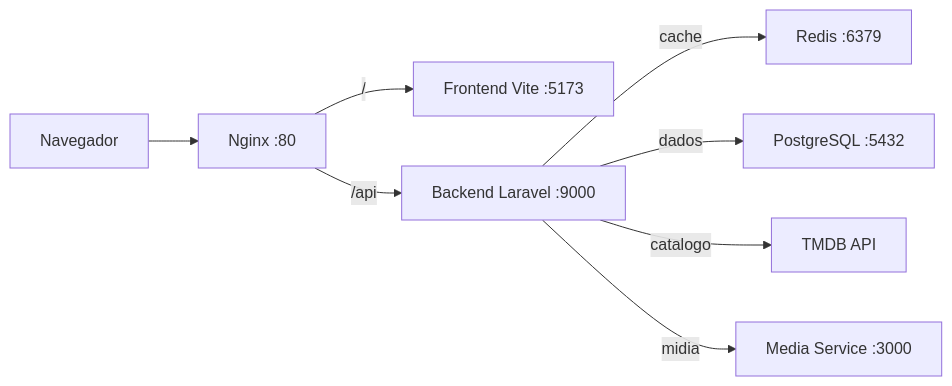
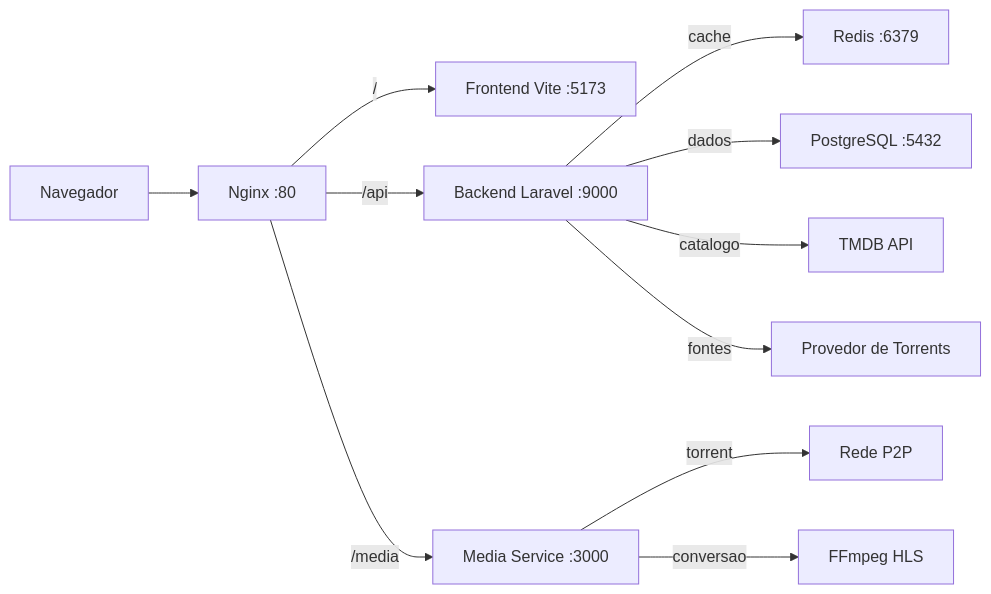
One commit to BrunoDelfim/stretor changed the first of 2 diagrams in docs/arquitetura.md. Above: the diagram before and after it, drawn with Mermaid. The commit also changed other lines of this file and 3 other files, not shown here.

First line of the commit message:
docs(streaming): documenta busca de fontes, sessões HLS e overlay do player

````diff
--- a/docs/arquitetura.md
+++ b/docs/arquitetura.md
@@ -38,10 +38,13 @@
 ```mermaid
 flowchart LR
     A[Navegador] --> B[Nginx :80]
     B -->|/| C[Frontend Vite :5173]
     B -->|/api| D[Backend Laravel :9000]
+    B -->|/media| H[Media Service :3000]
     D -->|cache| E[Redis :6379]
     D -->|dados| F[PostgreSQL :5432]
     D -->|catalogo| G[TMDB API]
-    D -->|midia| H[Media Service :3000]
+    D -->|fontes| I[Provedor de Torrents]
+    H -->|torrent| J[Rede P2P]
+    H -->|conversao| K[FFmpeg HLS]
 ```
````
